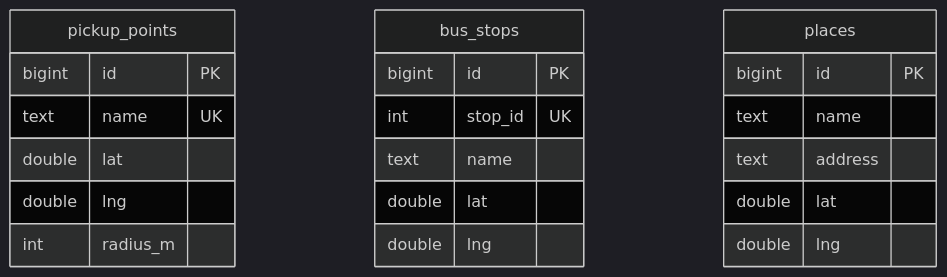
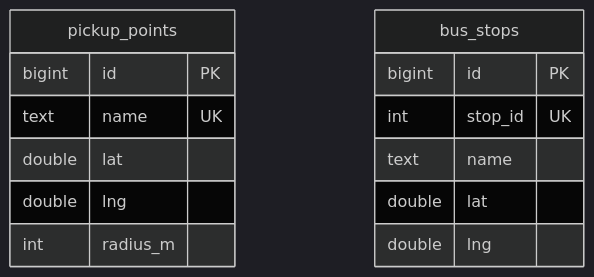
Before and after one commit to sohoffice/debugthon-carpool: the fourth of 13 diagrams in docs/design.md, drawn with Mermaid (dark theme). The commit also changed other lines of this file, not shown here.

First line of the commit message:
Docs: replace DD-28 place list with DD-32 Google Places search and backend park check

````diff
--- a/docs/design.md
+++ b/docs/design.md
@@ -468,24 +468,17 @@
 ```mermaid
 erDiagram
     pickup_points {
         bigint id PK
         text name UK
         double lat
         double lng
         int radius_m
     }
     bus_stops {
         bigint id PK
         int stop_id UK
         text name
         double lat
         double lng
     }
-    places {
-        bigint id PK
-        text name
-        text address
-        double lat
-        double lng
-    }
 ```
````
